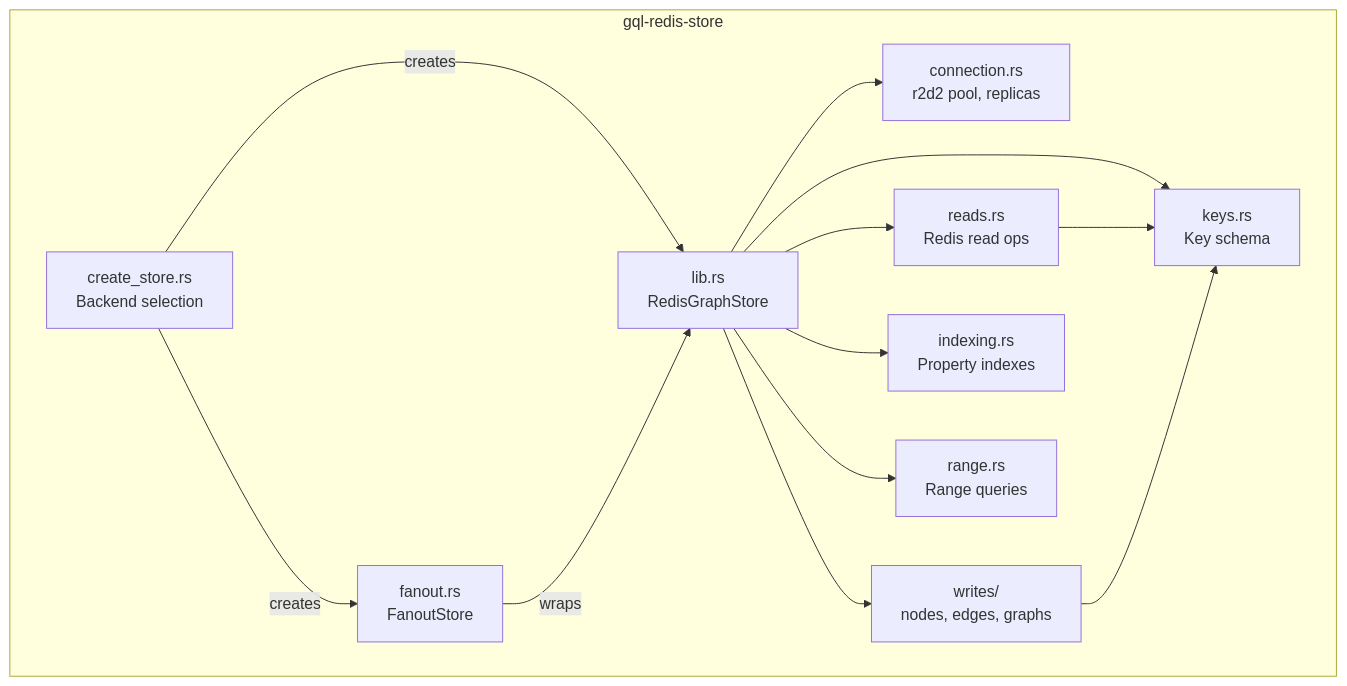
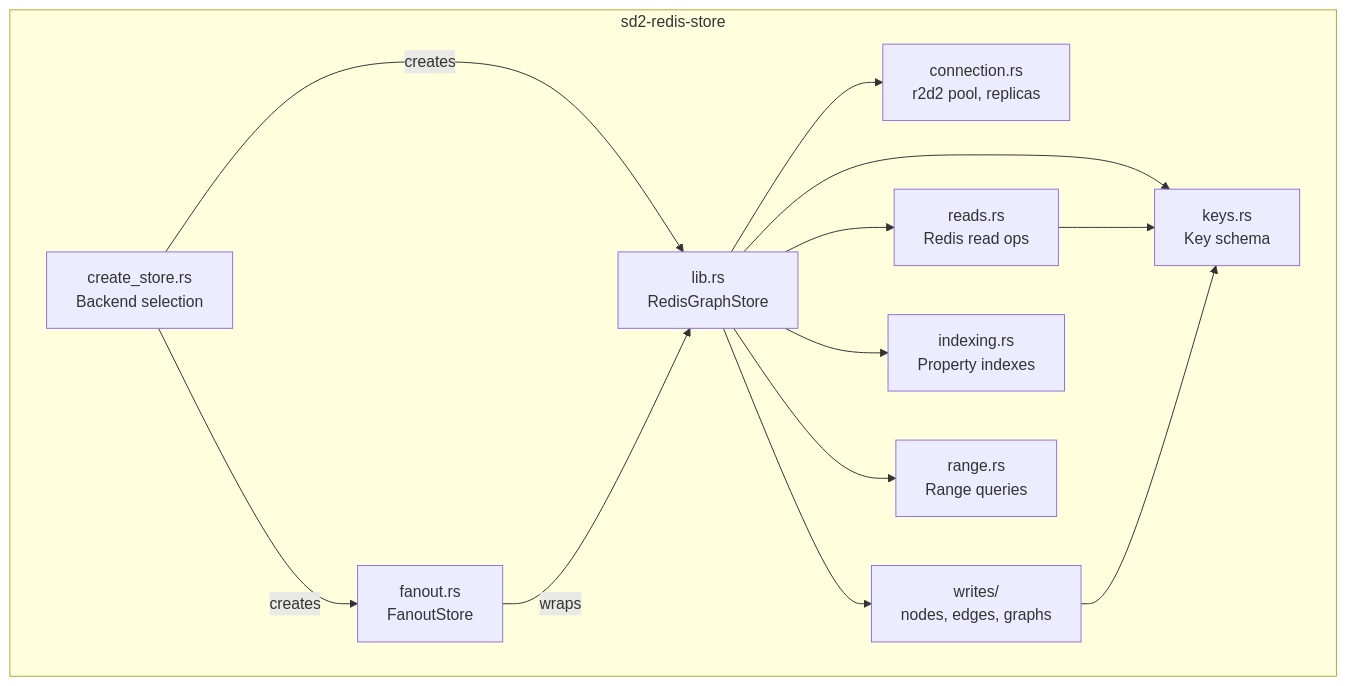
Before and after one commit to rysweet/SedanDelivery: the diagram in docs/atlas/service-components/gql-redis-store.mmd, drawn with Mermaid. The commit also changed 191 other files, not shown here.

First line of the commit message:
refactor: rename gql-module, gql-redis-store, gql-api to sd2- prefix (#1097)

```diff
--- a/docs/atlas/service-components/gql-redis-store.mmd
+++ b/docs/atlas/service-components/gql-redis-store.mmd
@@ -1,24 +1,24 @@
 graph TD
-    subgraph gql_redis["gql-redis-store"]
+    subgraph gql_redis["sd2-redis-store"]
         lib["lib.rs\nRedisGraphStore"]
         create_store_mod["create_store.rs\nBackend selection"]
         connection["connection.rs\nr2d2 pool, replicas"]
         reads["reads.rs\nRedis read ops"]
         writes_mod["writes/\nnodes, edges, graphs"]
         indexing["indexing.rs\nProperty indexes"]
         range_mod["range.rs\nRange queries"]
         fanout["fanout.rs\nFanoutStore"]
         keys["keys.rs\nKey schema"]
     end
 
     create_store_mod -->|"creates"| lib
     create_store_mod -->|"creates"| fanout
     lib --> connection
     lib --> reads
     lib --> writes_mod
     lib --> indexing
     lib --> range_mod
     lib --> keys
     reads --> keys
     writes_mod --> keys
     fanout -->|"wraps"| lib
```
